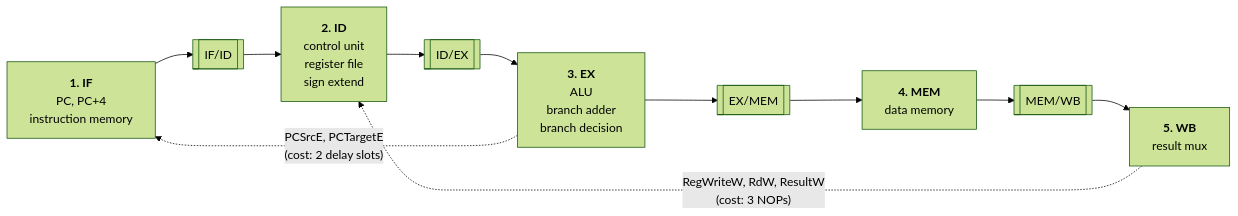
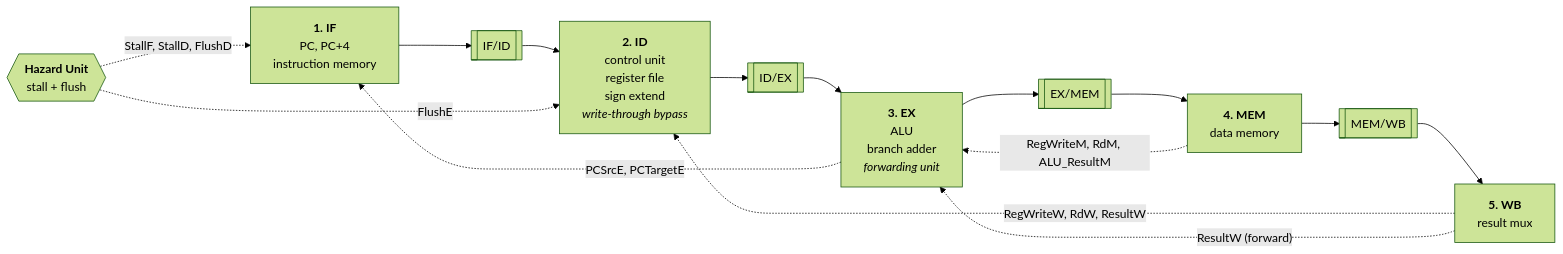
The first of 2 diagrams in README.md (dr-paradox-design/5_Stage_Pipelined_RISC-V), drawn with Mermaid (forest theme) before and after one commit. The commit also changed other lines of this file and 8 other files, not shown here.

````diff
--- a/README.md
+++ b/README.md
@@ -29,17 +33,22 @@
 ```mermaid
 flowchart LR
     IF["<b>1. IF</b><br/>PC, PC+4<br/>instruction memory"]
     R1[["IF/ID"]]
-    ID["<b>2. ID</b><br/>control unit<br/>register file<br/>sign extend"]
+    ID["<b>2. ID</b><br/>control unit<br/>register file<br/>sign extend<br/><i>write-through bypass</i>"]
     R2[["ID/EX"]]
-    EX["<b>3. EX</b><br/>ALU<br/>branch adder<br/>branch decision"]
+    EX["<b>3. EX</b><br/>ALU<br/>branch adder<br/><i>forwarding unit</i>"]
     R3[["EX/MEM"]]
     MEM["<b>4. MEM</b><br/>data memory"]
     R4[["MEM/WB"]]
     WB["<b>5. WB</b><br/>result mux"]
+    HZ{{"<b>Hazard Unit</b><br/>stall + flush"}}
 
     IF --> R1 --> ID --> R2 --> EX --> R3 --> MEM --> R4 --> WB
 
-    EX -. "PCSrcE, PCTargetE<br/>(cost: 2 delay slots)" .-> IF
-    WB -. "RegWriteW, RdW, ResultW<br/>(cost: 3 NOPs)" .-> ID
+    EX -. "PCSrcE, PCTargetE" .-> IF
+    WB -. "RegWriteW, RdW, ResultW" .-> ID
+    MEM -. "RegWriteM, RdM, ALU_ResultM" .-> EX
+    WB -. "ResultW (forward)" .-> EX
+    HZ -. "StallF, StallD, FlushD" .-> IF
+    HZ -. "FlushE" .-> ID
 ```
````
